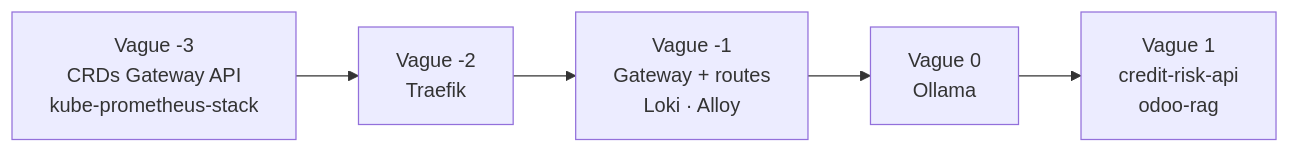
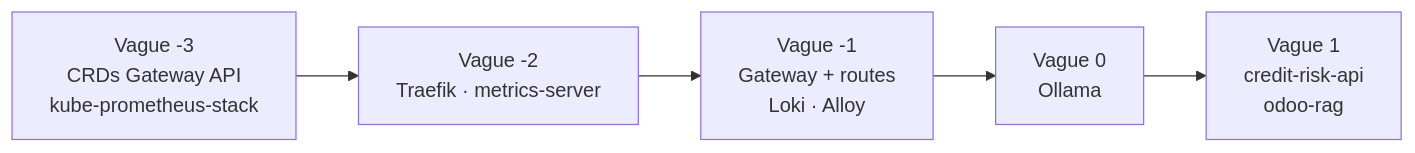
Before and after one commit to Marshall006/k8s-gitops-platform: the second of 3 diagrams in README.md, drawn with Mermaid. The commit also changed other lines of this file and 4 other files, not shown here.

First line of the commit message:
feat(platform): metrics-server (requis par l'autoscaling HPA)

````diff
--- a/README.md
+++ b/README.md
@@ -121,7 +122,7 @@
 ```mermaid
 flowchart LR
-    W3["Vague -3<br/>CRDs Gateway API<br/>kube-prometheus-stack"] --> W2["Vague -2<br/>Traefik"]
+    W3["Vague -3<br/>CRDs Gateway API<br/>kube-prometheus-stack"] --> W2["Vague -2<br/>Traefik · metrics-server"]
     W2 --> W1["Vague -1<br/>Gateway + routes<br/>Loki · Alloy"]
     W1 --> W0["Vague 0<br/>Ollama"]
     W0 --> WA["Vague 1<br/>credit-risk-api<br/>odoo-rag"]
 ```
````
